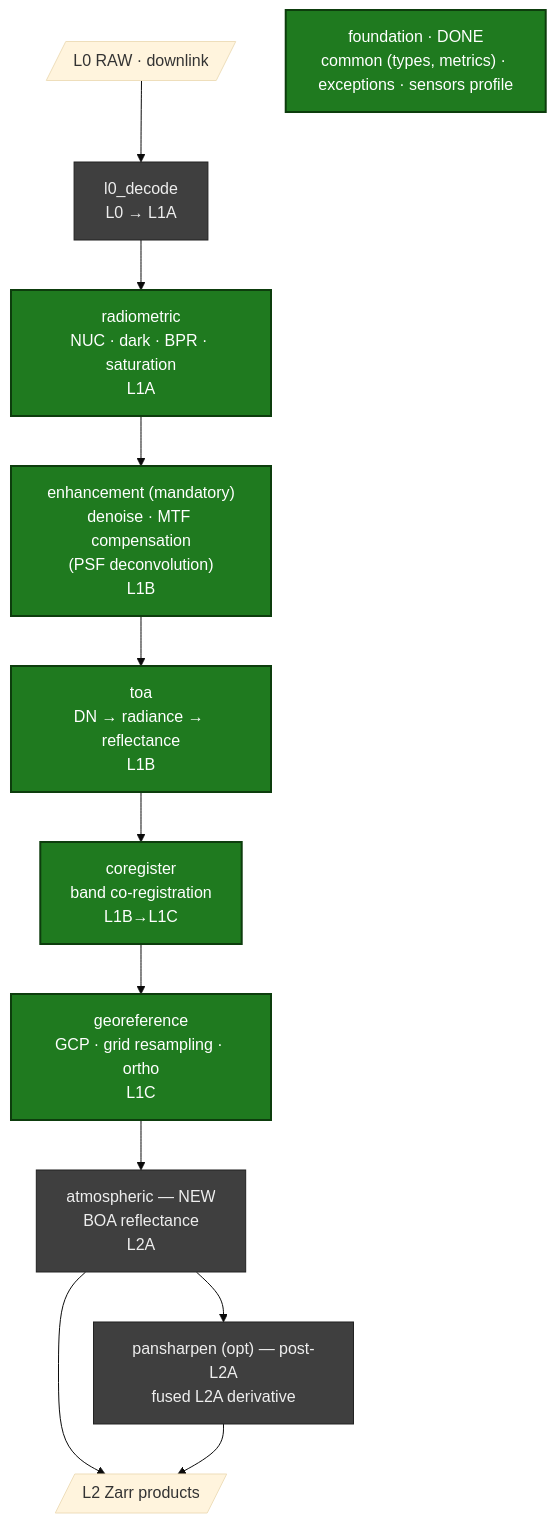
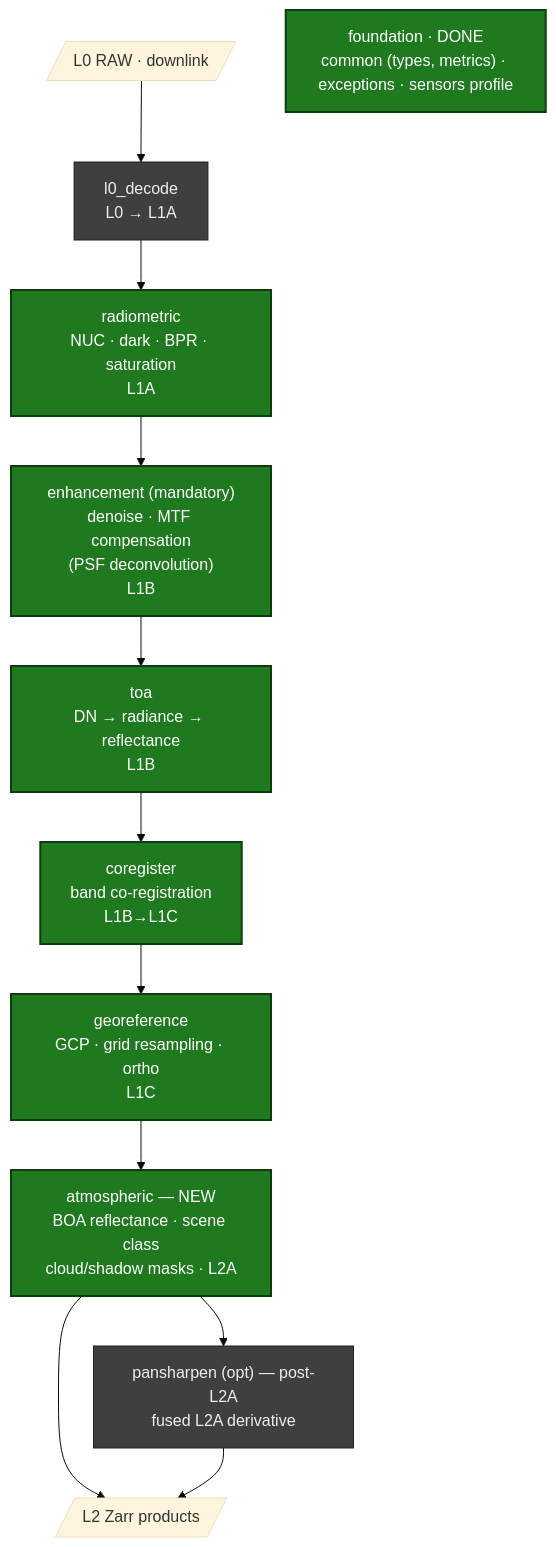
One commit to AstroCan17/msi-processor changed the diagram in README.md. Above: the diagram before and after it, drawn with Mermaid (base theme). The commit also changed other lines of this file and 6 other files, not shown here.

First line of the commit message:
feat(atmospheric): implement atmospheric-correction PU (6S TOA->BOA + scene classification, L2A)

````diff
--- a/README.md
+++ b/README.md
@@ -30,18 +30,18 @@
 ```mermaid
 flowchart TD
     RAW[/"L0 RAW · downlink"/] --> L0["l0_decode<br/>L0 → L1A"]:::todo
     L0 --> RAD["radiometric<br/>NUC · dark · BPR · saturation<br/>L1A"]:::done
     RAD --> ENH["enhancement (mandatory)<br/>denoise · MTF compensation<br/>(PSF deconvolution)<br/>L1B"]:::done
     ENH --> TOA["toa<br/>DN → radiance → reflectance<br/>L1B"]:::done
     TOA --> COR["coregister<br/>band co-registration<br/>L1B→L1C"]:::done
     COR --> GEO["georeference<br/>GCP · grid resampling · ortho<br/>L1C"]:::done
-    GEO --> ATM["atmospheric — NEW<br/>BOA reflectance<br/>L2A"]:::todo
+    GEO --> ATM["atmospheric — NEW<br/>BOA reflectance · scene class<br/>cloud/shadow masks · L2A"]:::done
     ATM --> PRD[/"L2 Zarr products"/]
     ATM --> PAN["pansharpen (opt) — post-L2A<br/>fused L2A derivative"]:::todo
     PAN --> PRD
 
     FOUND["foundation · DONE<br/>common (types, metrics) · exceptions · sensors profile"]:::done
 
     classDef done fill:#1f7a1f,color:#fff,stroke:#0d3d0d,stroke-width:2px;
     classDef todo fill:#3f3f3f,color:#eee,stroke:#222;
 ```
````
